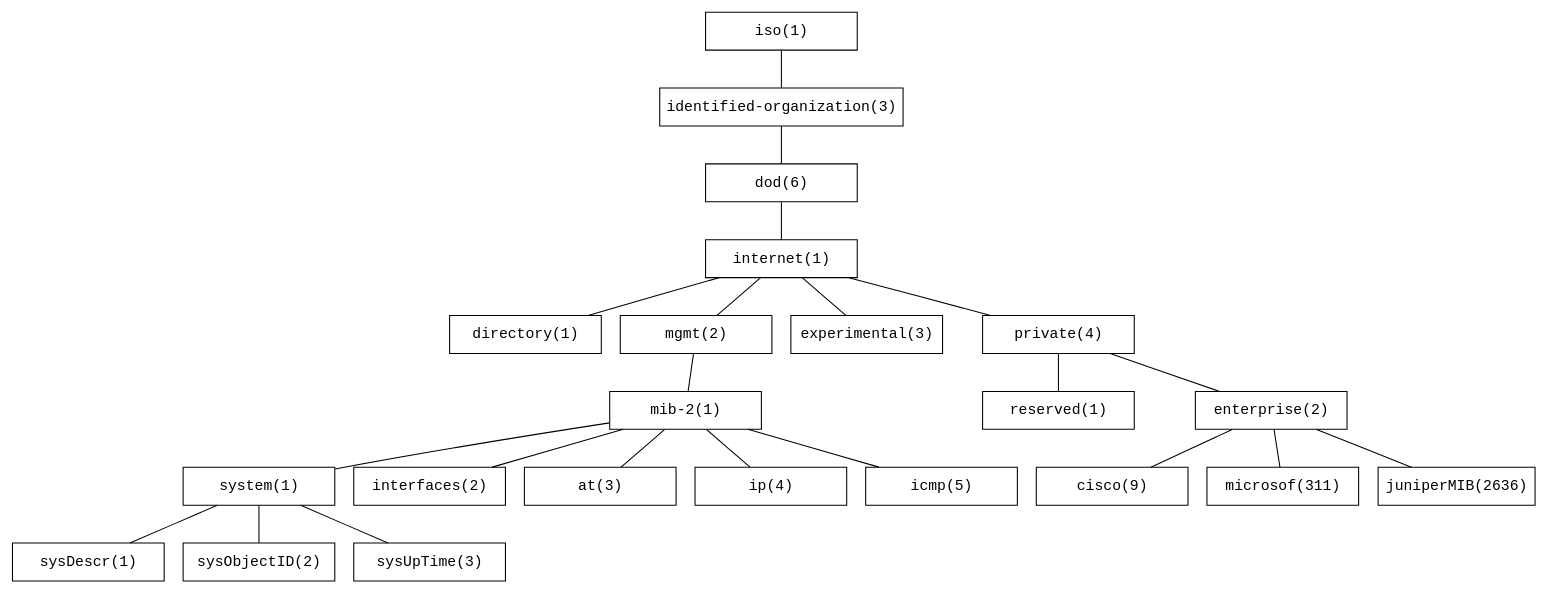
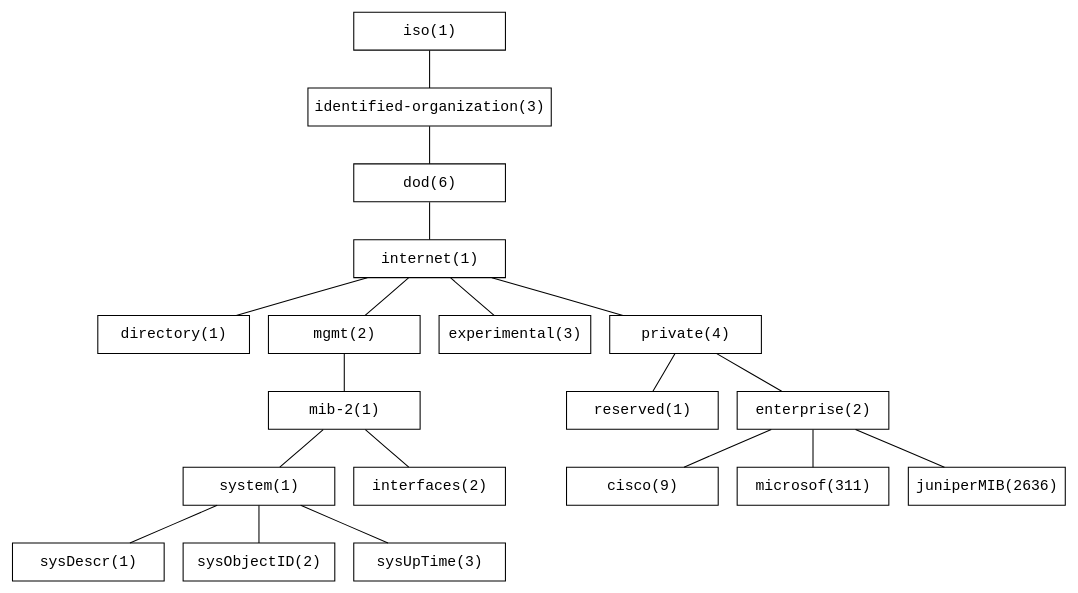
The diagram in web/web-api/codes/service/snmp/assets/mib-tree.dot (ifpb/php-guide), drawn with Graphviz before and after one commit. The commit also changed 2 other files, not shown here.

```diff
--- a/web/web-api/codes/service/snmp/assets/mib-tree.dot
+++ b/web/web-api/codes/service/snmp/assets/mib-tree.dot
@@ -1,37 +1,34 @@
 graph MIB {
   graph [ concentrate=true ]
 
   node  [ fontname=Courier, shape=box, width=2 ];
   n1          [ label = "iso(1)" ];
   n13         [ label = "identified-organization(3)" ];
   n136        [ label = "dod(6)" ];
   n1361       [ label = "internet(1)" ];
   n13611      [ label = "directory(1)" ];
   n13612      [ label = "mgmt(2)" ];
   n136121     [ label = "mib-2(1)" ];
   n1361211    [ label = "system(1)" ];
   n13612111   [ label = "sysDescr(1)" ];
   n13612112   [ label = "sysObjectID(2)" ];
   n13612113   [ label = "sysUpTime(3)" ];
   n1361212    [ label = "interfaces(2)" ];
-  n1361213    [ label = "at(3)" ];
-  n1361214    [ label = "ip(4)" ];
-  n1361215    [ label = "icmp(5)" ];
   n13613      [ label = "experimental(3)" ];
   n13614      [ label = "private(4)" ];
   n136141     [ label = "reserved(1)" ];
   n136142     [ label = "enterprise(2)" ];
   n1361429    [ label = "cisco(9)" ];
   n136142311  [ label = "microsof(311)" ];
   n1361422636 [ label = "juniperMIB(2636)" ];
 
   n1         -- { n13 }
   n13        -- { n136 }
   n136       -- { n1361 }
   n1361      -- { n13611 n13612 n13613 n13614 }
   n13614     -- { n136141 n136142}
   n136142    -- { n1361429 n136142311 n1361422636 }
   n13612     -- { n136121 }
-  n136121    -- { n1361211 n1361212 n1361213 n1361214 n1361215 }
+  n136121    -- { n1361211 n1361212 }
   n1361211   -- { n13612111 n13612112 n13612113 }
 }
```
